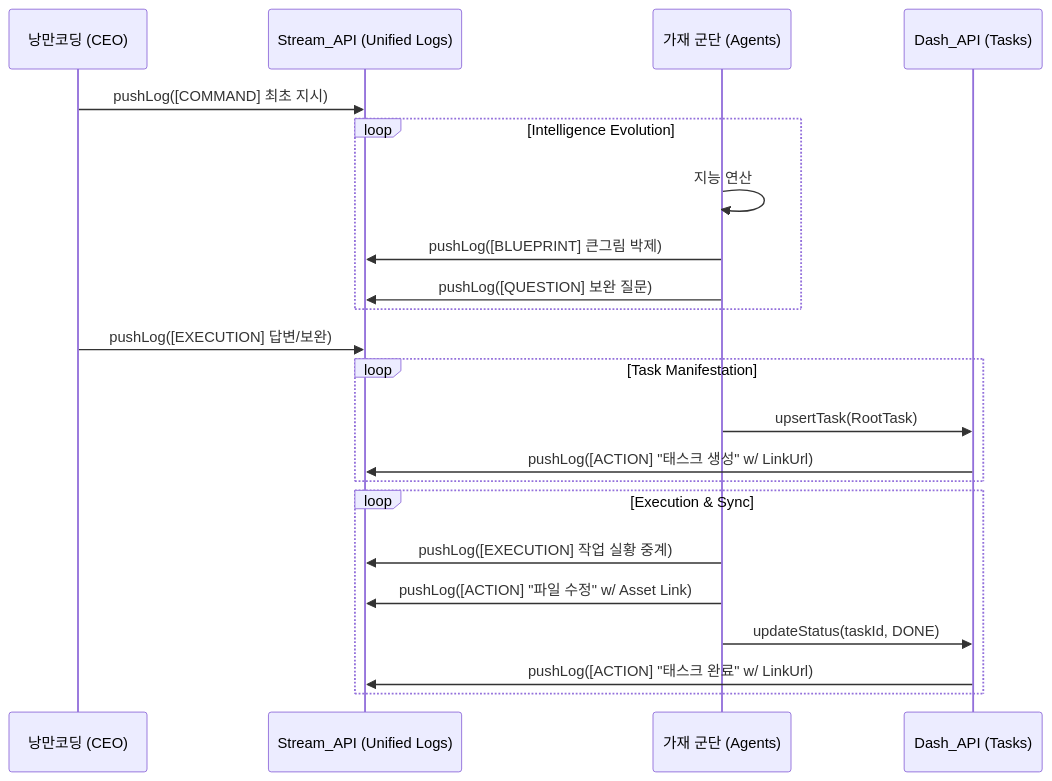
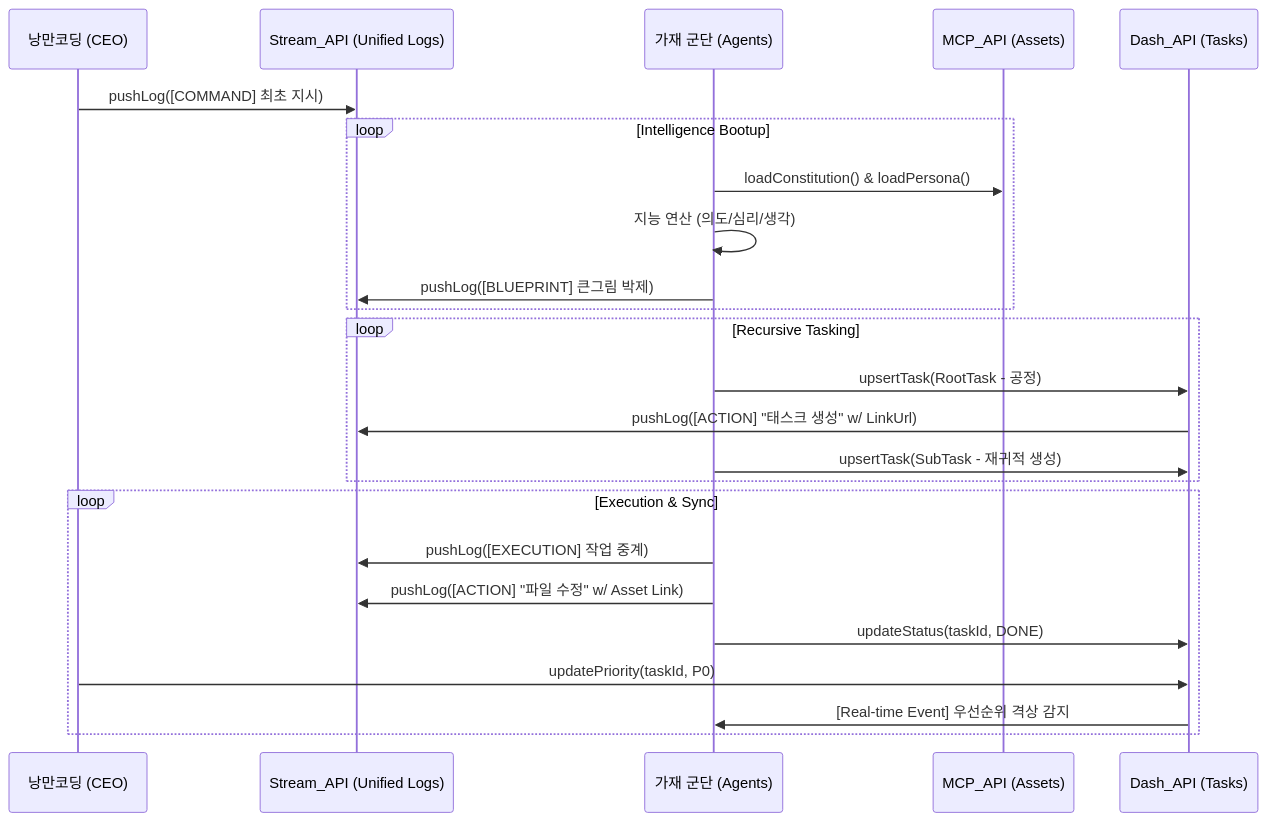
The second of 2 diagrams in docs/core/process/SYSTEM_DESIGN_V1_0.md (KyleL22/yuna-openclaw), drawn with Mermaid before and after one commit. The commit also changed other lines of this file, not shown here.

Commit message:
docs: Sanctuary v4.0 - API-Driven Unified Stream Architecture

````diff
--- a/docs/core/process/SYSTEM_DESIGN_V1_0.md
+++ b/docs/core/process/SYSTEM_DESIGN_V1_0.md
@@ -72,29 +74,31 @@
 ```mermaid
 sequenceDiagram
     participant CEO as 낭만코딩 (CEO)
     participant Stream_API as Stream_API (Unified Logs)
     participant Agent as 가재 군단 (Agents)
+    participant MCP_API as MCP_API (Assets)
     participant Dash_API as Dash_API (Tasks)
 
     CEO->>Stream_API: pushLog([COMMAND] 최초 지시)
     
-    loop Intelligence Evolution
-        Agent->>Agent: 지능 연산
+    loop Intelligence Bootup
+        Agent->>MCP_API: loadConstitution() & loadPersona()
+        Agent->>Agent: 지능 연산 (의도/심리/생각)
         Agent->>Stream_API: pushLog([BLUEPRINT] 큰그림 박제)
-        Agent->>Stream_API: pushLog([QUESTION] 보완 질문)
     end
 
-    CEO->>Stream_API: pushLog([EXECUTION] 답변/보완)
-
-    loop Task Manifestation
-        Agent->>Dash_API: upsertTask(RootTask)
+    loop Recursive Tasking
+        Agent->>Dash_API: upsertTask(RootTask - 공정)
         Dash_API->>Stream_API: pushLog([ACTION] "태스크 생성" w/ LinkUrl)
+        Agent->>Dash_API: upsertTask(SubTask - 재귀적 생성)
     end
 
     loop Execution & Sync
-        Agent->>Stream_API: pushLog([EXECUTION] 작업 실황 중계)
+        Agent->>Stream_API: pushLog([EXECUTION] 작업 중계)
         Agent->>Stream_API: pushLog([ACTION] "파일 수정" w/ Asset Link)
         Agent->>Dash_API: updateStatus(taskId, DONE)
-        Dash_API->>Stream_API: pushLog([ACTION] "태스크 완료" w/ LinkUrl)
+        
+        CEO->>Dash_API: updatePriority(taskId, P0)
+        Dash_API->>Agent: [Real-time Event] 우선순위 격상 감지
     end
 ```
````
